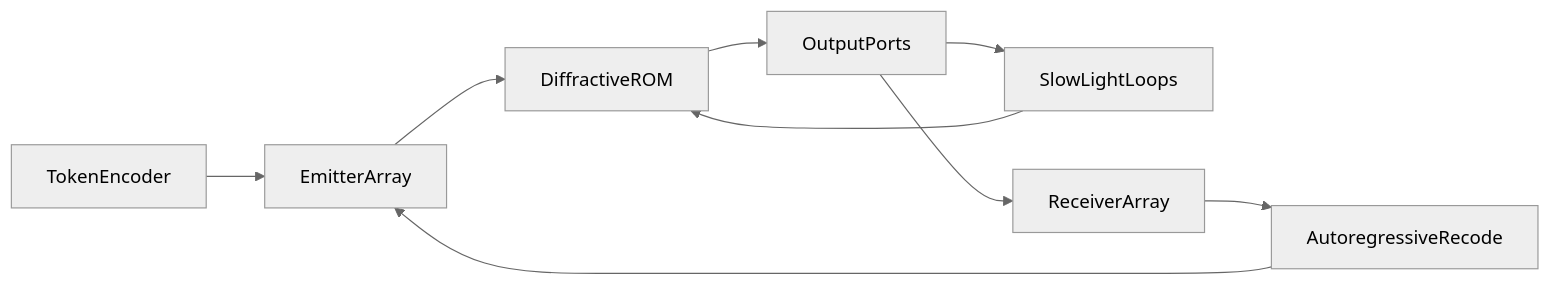
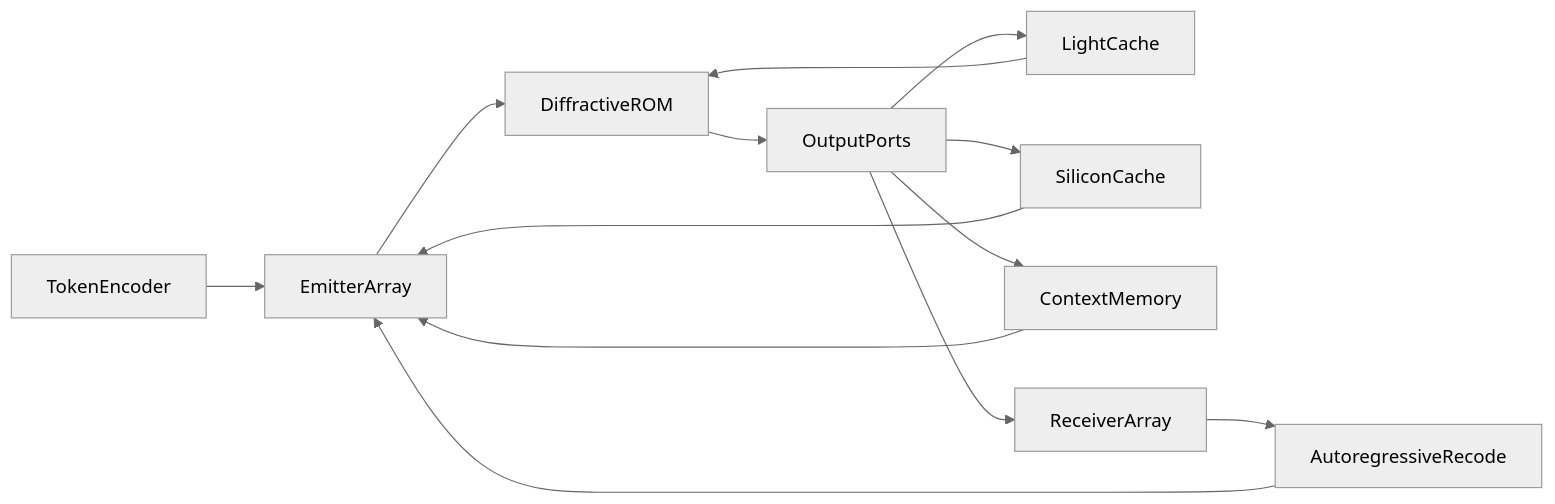
One commit to ussdeveloper/OLLMU changed the diagram in CONCEPT.en.md. Above: the diagram before and after it, drawn with Mermaid (neutral theme). The commit also changed other lines of this file and 3 other files, not shown here.

First line of the commit message:
Record train-then-write memory split: optical processing, light cache, SiliconCache.

````diff
--- a/CONCEPT.en.md
+++ b/CONCEPT.en.md
@@ -115,11 +115,15 @@
 ```mermaid
 flowchart LR
   tokens[TokenEncoder] --> emitters[EmitterArray]
   emitters --> core[DiffractiveROM]
   core --> ports[OutputPorts]
-  ports --> side[SlowLightLoops]
-  side --> core
+  ports --> lightCache[LightCache]
+  lightCache --> core
+  ports --> siCache[SiliconCache]
+  siCache --> emitters
+  ports --> ctx[ContextMemory]
+  ctx --> emitters
   ports --> recv[ReceiverArray]
   recv --> recode[AutoregressiveRecode]
   recode --> emitters
 ```
````
